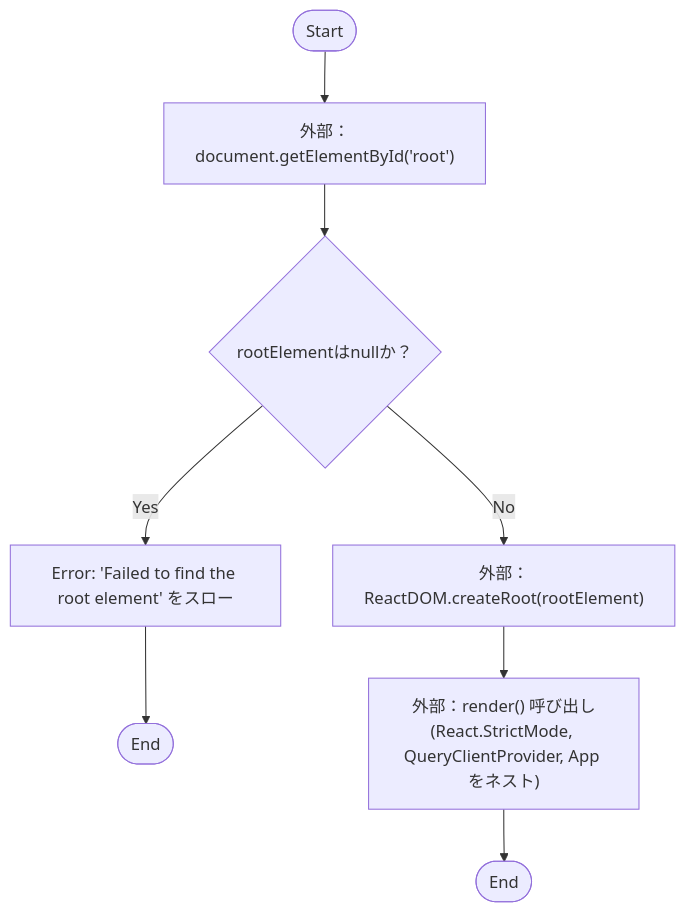
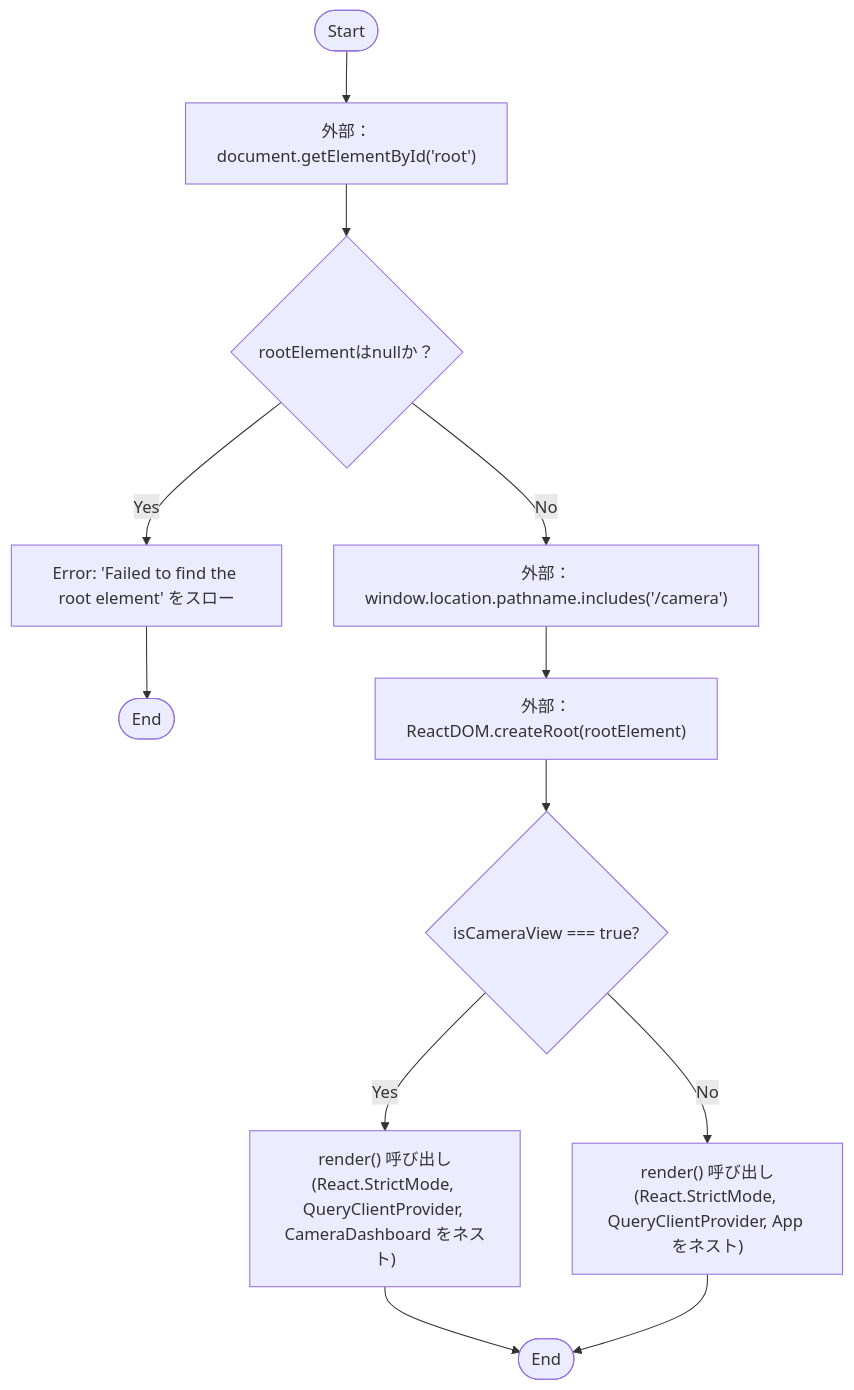
One commit to mmtigers/my_python_project changed the first of 2 diagrams in docs/specifications/family-quest/main.md. Above: the diagram before and after it, drawn with Mermaid. The commit also changed other lines of this file and 47 other files, not shown here.

````diff
--- a/docs/specifications/family-quest/main.md
+++ b/docs/specifications/family-quest/main.md
@@ -43,11 +46,15 @@
 ```mermaid
 flowchart TD
     Start([Start]) --> GetElement["外部：document.getElementById('root')"]
     GetElement --> CheckNull{"rootElementはnullか？"}
     CheckNull -- Yes --> ThrowError["Error: 'Failed to find the root element' をスロー"]
     ThrowError --> EndError([End])
-    CheckNull -- No --> CreateRoot["外部：ReactDOM.createRoot(rootElement)"]
-    CreateRoot --> Render["外部：render() 呼び出し<br>(React.StrictMode, QueryClientProvider, App をネスト)"]
-    Render --> End([End])
+    CheckNull -- No --> CheckCamera["外部：window.location.pathname.includes('/camera')"]
+    CheckCamera --> CreateRoot["外部：ReactDOM.createRoot(rootElement)"]
+    CreateRoot --> IsCameraView{"isCameraView === true?"}
+    IsCameraView -- Yes --> RenderCamera["render() 呼び出し<br>(React.StrictMode, QueryClientProvider, CameraDashboard をネスト)"]
+    IsCameraView -- No --> RenderApp["render() 呼び出し<br>(React.StrictMode, QueryClientProvider, App をネスト)"]
+    RenderCamera --> End([End])
+    RenderApp --> End
 
 ```
````
